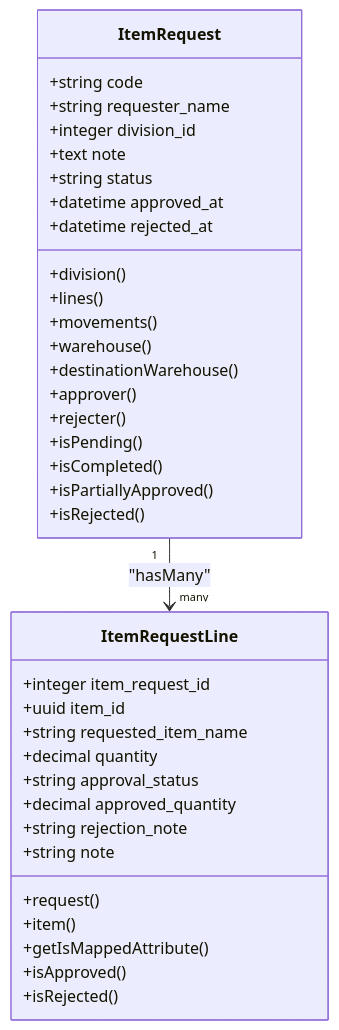
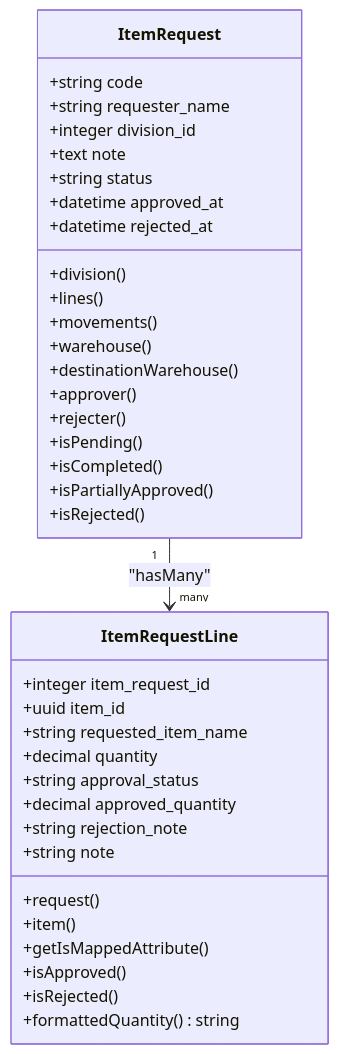
One commit to Dikksap/laravel_RsvHelmet changed the fourth of 6 diagrams in .qoder/repowiki/en/content/Core Modules/Document Generation.md. Above: the diagram before and after it, drawn with Mermaid. The commit also changed other lines of this file and 102 other files, not shown here.

````diff
--- a/.qoder/repowiki/en/content/Core Modules/Document Generation.md
+++ b/.qoder/repowiki/en/content/Core Modules/Document Generation.md
@@ -247,39 +263,40 @@
 ```mermaid
 classDiagram
 class ItemRequest {
 +string code
 +string requester_name
 +integer division_id
 +text note
 +string status
 +datetime approved_at
 +datetime rejected_at
 +division()
 +lines()
 +movements()
 +warehouse()
 +destinationWarehouse()
 +approver()
 +rejecter()
 +isPending()
 +isCompleted()
 +isPartiallyApproved()
 +isRejected()
 }
 class ItemRequestLine {
 +integer item_request_id
 +uuid item_id
 +string requested_item_name
 +decimal quantity
 +string approval_status
 +decimal approved_quantity
 +string rejection_note
 +string note
 +request()
 +item()
 +getIsMappedAttribute()
 +isApproved()
 +isRejected()
++formattedQuantity() string
 }
 ItemRequest "1" --> "many" ItemRequestLine : "hasMany"
 ```
````
